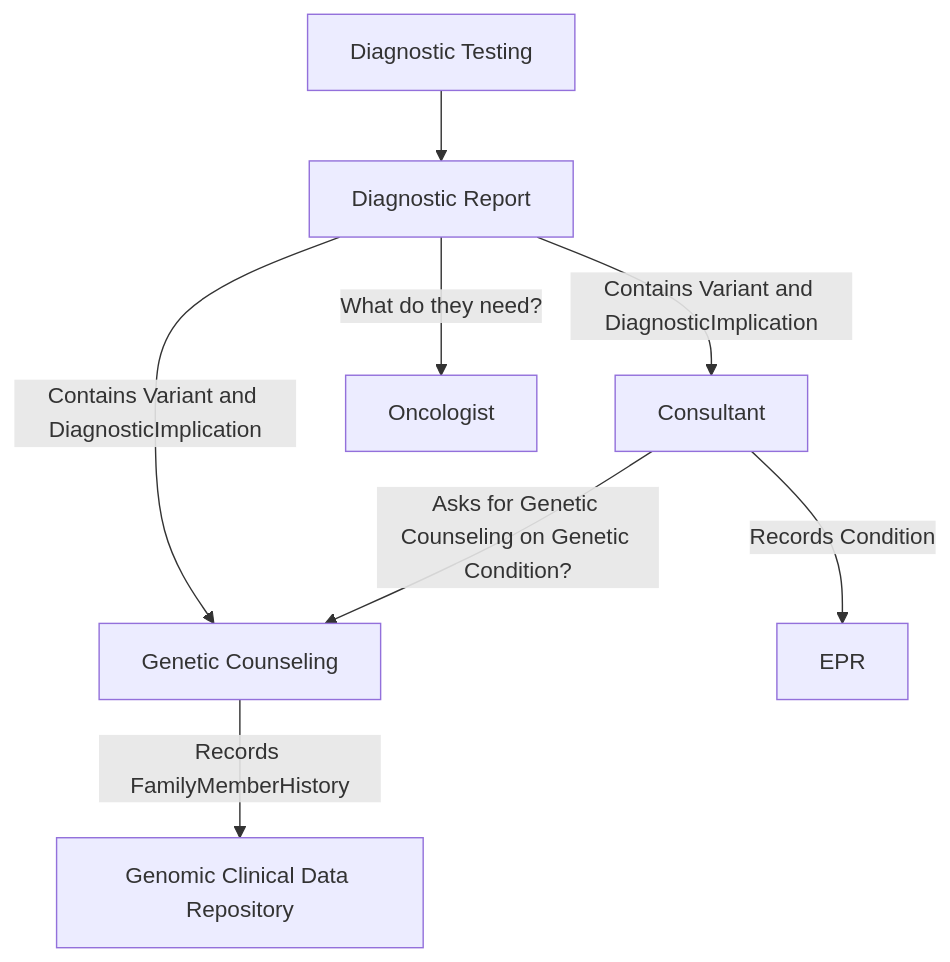
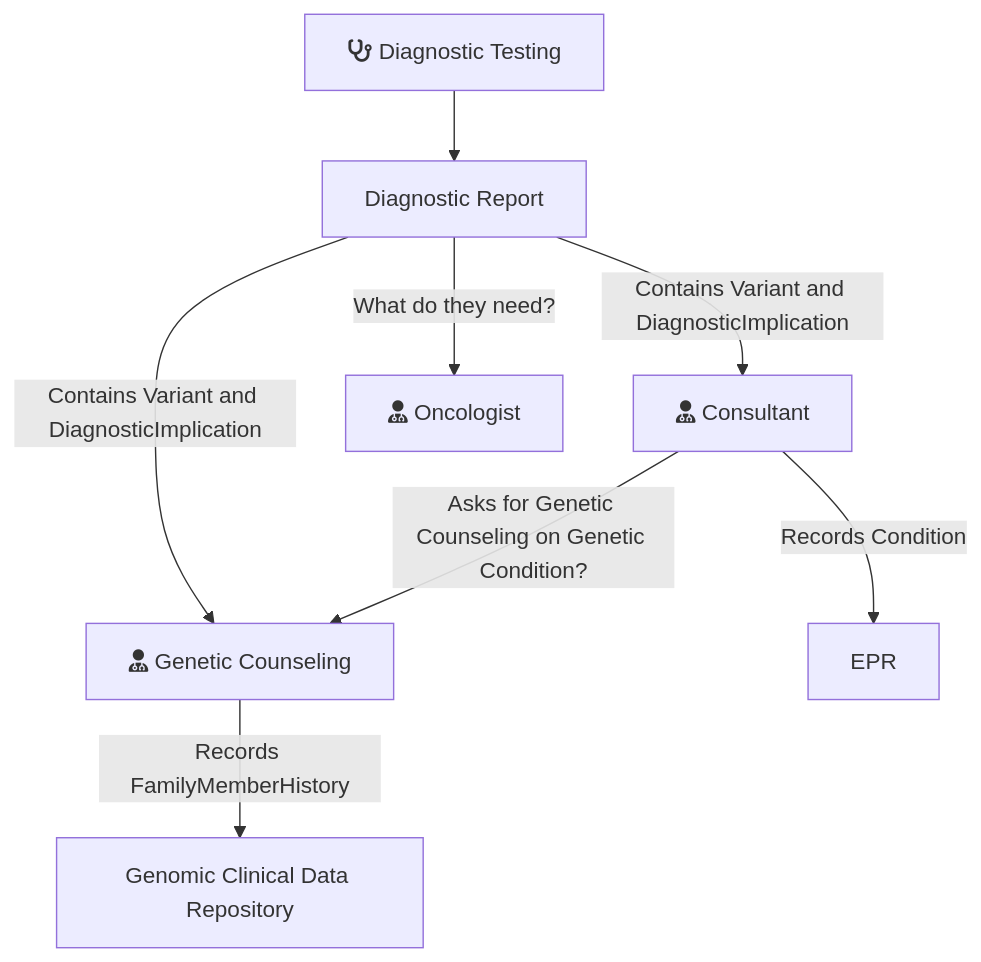
One commit to uk-gov-mirror/nw-gmsa.nw-gmsa.github.com changed the diagram in input/intro-notes/ExampleScenario-ClinicalAndGenomicWorkflow-intro.md. Above: the diagram before and after it, drawn with Mermaid. The commit also changed 1 other file, not shown here.

Commit message:
Moved HL7 v2 links to intro.md's

````diff
--- a/input/intro-notes/ExampleScenario-ClinicalAndGenomicWorkflow-intro.md
+++ b/input/intro-notes/ExampleScenario-ClinicalAndGenomicWorkflow-intro.md
@@ -4,12 +4,12 @@
 ```mermaid
 graph TD;
 
-    DiagnosticTesting[Diagnostic Testing]  --> DiagnosticReport[Diagnostic Report]
-    DiagnosticReport --> |Contains Variant and DiagnosticImplication| Consultant
-    DiagnosticReport --> |Contains Variant and DiagnosticImplication| GeneticCounseling[Genetic Counseling]
-    DiagnosticReport --> |What do they need?| Oncologist
+    DiagnosticTesting[fas:fa-stethoscope Diagnostic Testing]  --> DiagnosticReport[Diagnostic Report]
+    DiagnosticReport --> |Contains Variant and DiagnosticImplication| Consultant[fas:fa-user-md Consultant]
+    DiagnosticReport --> |Contains Variant and DiagnosticImplication| GeneticCounseling[fas:fa-user-md Genetic Counseling]
+    DiagnosticReport --> |What do they need?| Oncologist[fas:fa-user-md Oncologist]
 
     Consultant --> |Records Condition| EPR
     GeneticCounseling --> |Records FamilyMemberHistory| GenomicCDR[Genomic Clinical Data Repository]
     Consultant --> |Asks for Genetic Counseling on Genetic Condition?| GeneticCounseling
 ```
````
